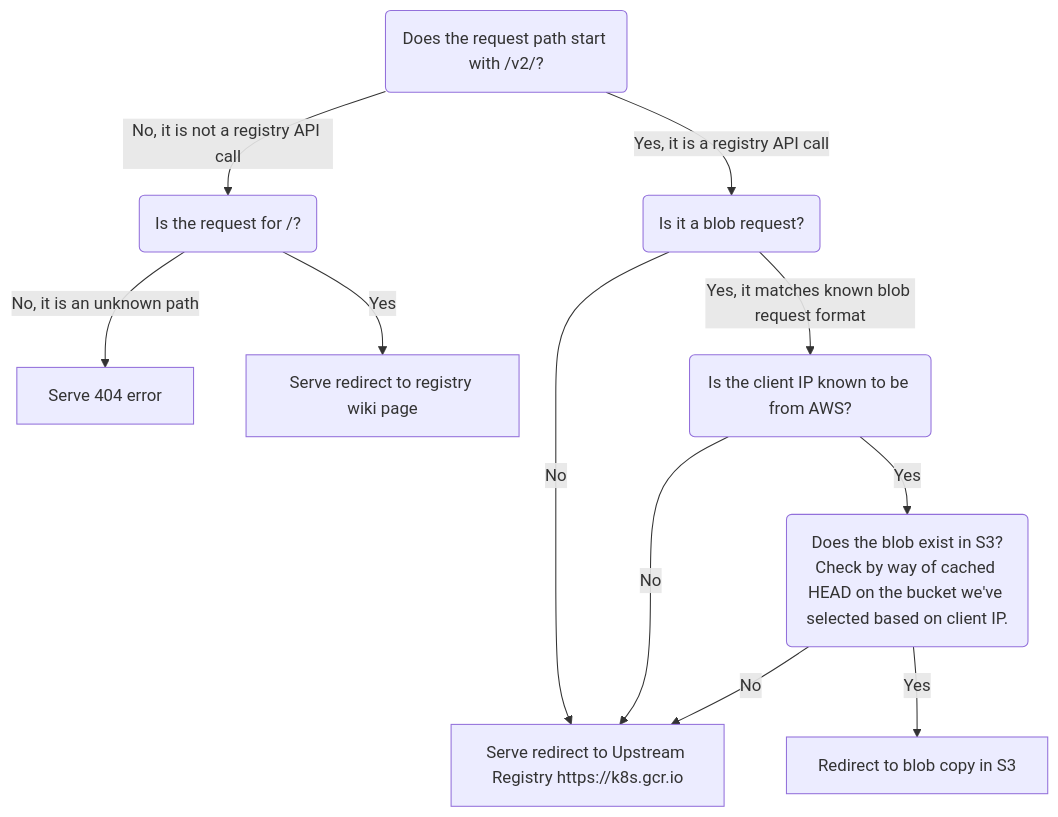
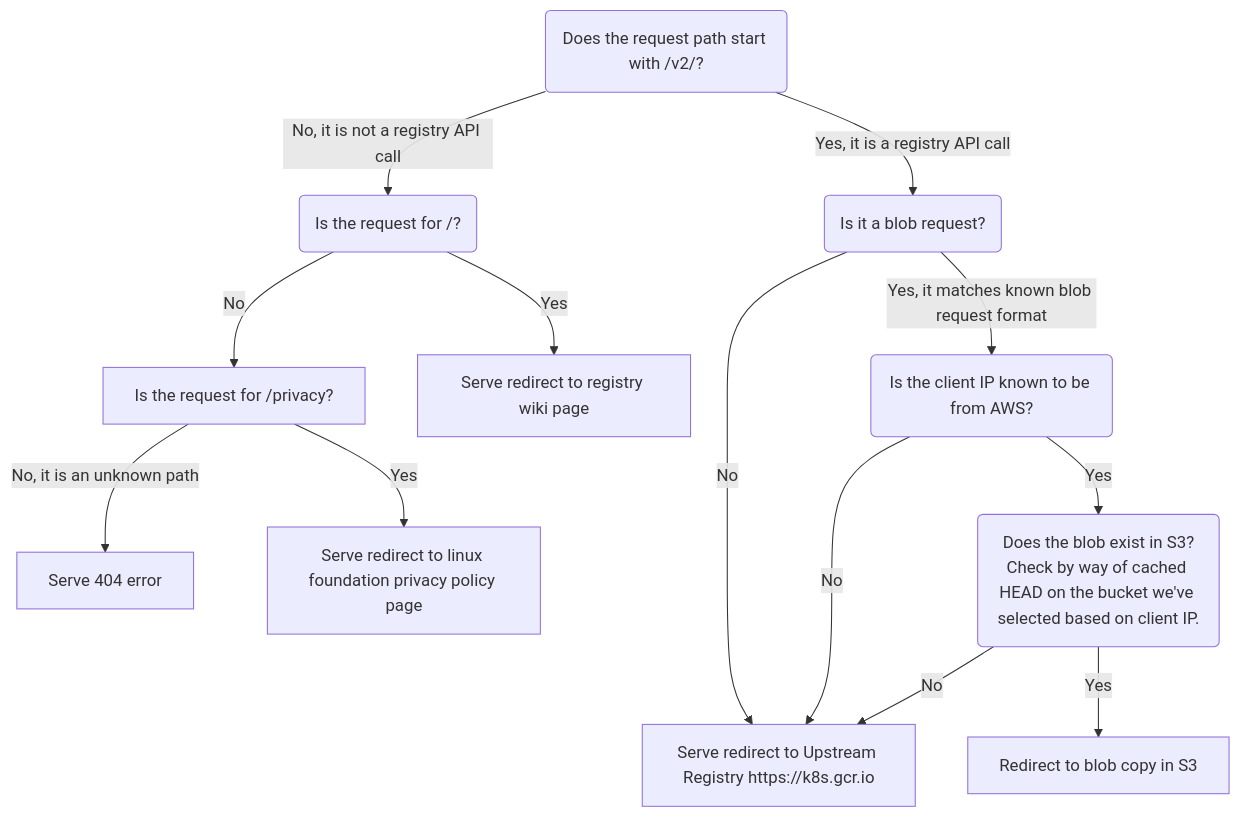
Before and after one commit to kubernetes/registry.k8s.io: the diagram in cmd/archeio/docs/request-handling.md, drawn with Mermaid. The commit also changed other lines of this file, not shown here.

Commit message:
Update request-handling.md
Update text flow and chart flow

````diff
--- a/cmd/archeio/docs/request-handling.md
+++ b/cmd/archeio/docs/request-handling.md
@@ -16,14 +17,16 @@
 ```mermaid
 flowchart TD
 
 A(Does the request path start with /v2/?) -->|No, it is not a registry API call| B(Is the request for /?)
-B -->|No, it is an unknown path| D[Serve 404 error]
+B -->|No| D[Is the request for /privacy?]
+D -->|No, it is an unknown path| C[Serve 404 error]
+D -->|Yes| K[Serve redirect to linux foundation privacy policy page]
 B -->|Yes| E[Serve redirect to registry wiki page]
 A -->|Yes, it is a registry API call| F(Is it a blob request?)
 F -->|No| G[Serve redirect to Upstream Registry https://k8s.gcr.io]
 F -->|Yes, it matches known blob request format| H(Is the client IP known to be from AWS?)
 H -->|No| G
 H -->|Yes| I(Does the blob exist in S3?<br/>Check by way of cached HEAD on the bucket we've selected based on client IP.)
 I -->|No| G
 I -->|Yes| J[Redirect to blob copy in S3]
 ```
````
